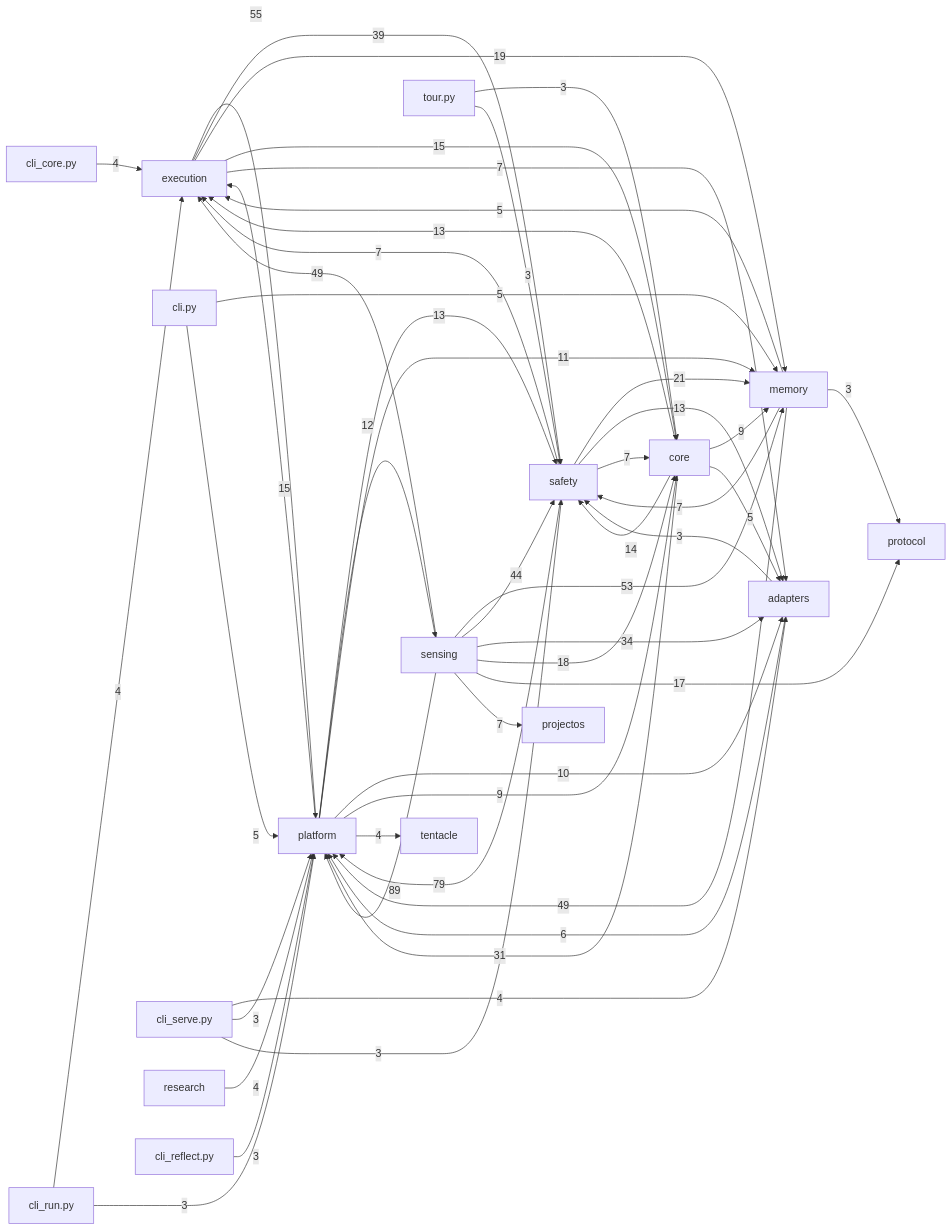
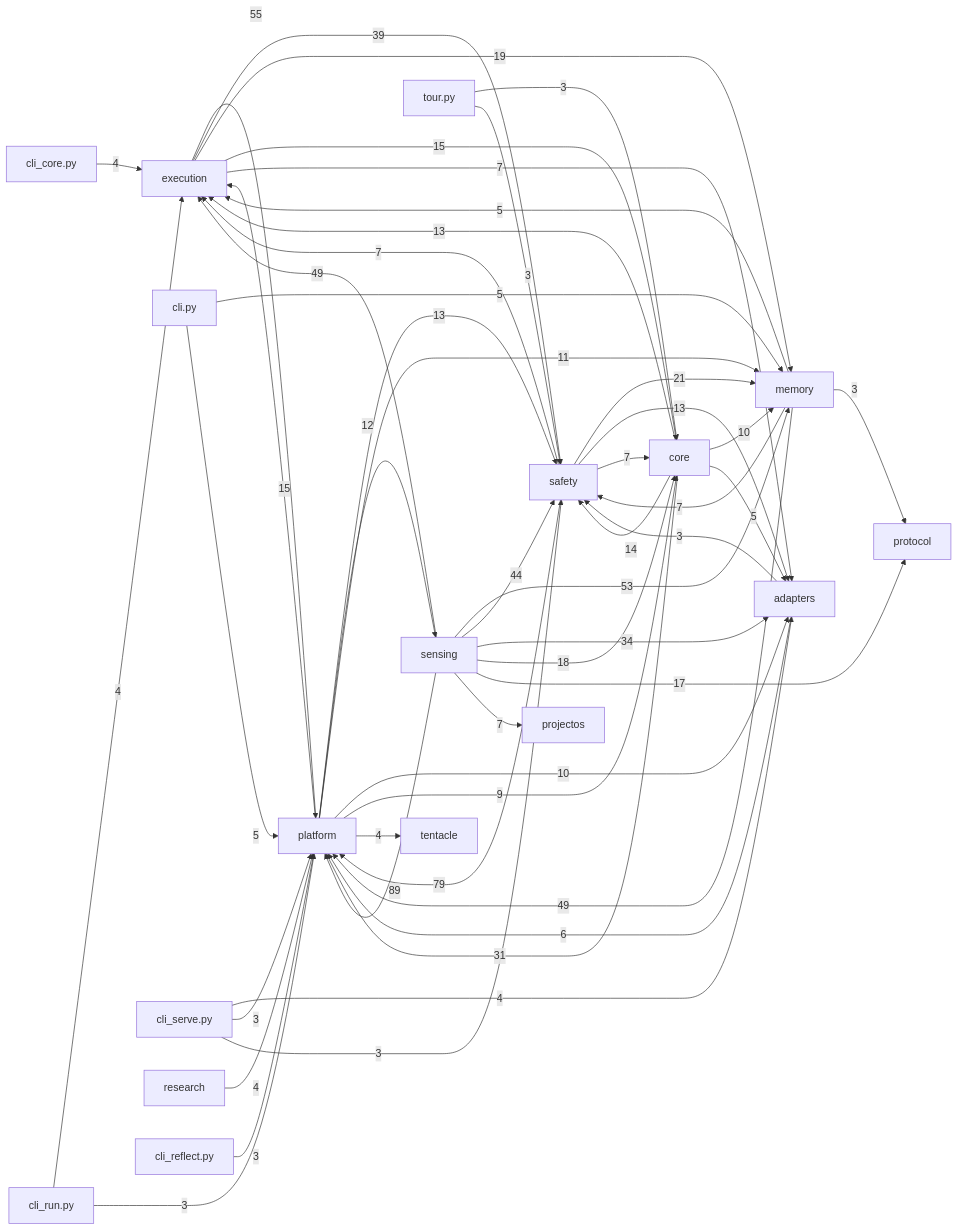
The diagram in docs/auto/20-backend/index.md (dengdenghua/octopus-agent), drawn with Mermaid before and after one commit. The commit also changed 30 other files, not shown here.

````diff
--- a/docs/auto/20-backend/index.md
+++ b/docs/auto/20-backend/index.md
@@ -26,58 +26,58 @@
 ```mermaid
 graph LR
   execution[execution]
   core[core]
   safety[safety]
   memory[memory]
   sensing[sensing]
   adapters[adapters]
   platform[platform]
   sensing -- 89 --> platform
   safety -- 79 --> platform
   execution -- 55 --> platform
   sensing -- 53 --> memory
   memory -- 49 --> platform
   sensing -- 49 --> execution
   sensing -- 44 --> safety
   execution -- 39 --> safety
   sensing -- 34 --> adapters
   core -- 31 --> platform
   safety -- 21 --> memory
   execution -- 19 --> memory
   sensing -- 18 --> core
   sensing -- 17 --> protocol
   execution -- 15 --> core
   platform -- 15 --> execution
   core -- 14 --> safety
   core -- 13 --> execution
   platform -- 13 --> safety
   safety -- 13 --> adapters
   platform -- 12 --> sensing
   platform -- 11 --> memory
+  core -- 10 --> memory
   platform -- 10 --> adapters
-  core -- 9 --> memory
   platform -- 9 --> core
   execution -- 7 --> adapters
   memory -- 7 --> safety
   safety -- 7 --> core
   safety -- 7 --> execution
   sensing -- 7 --> projectos
   adapters -- 6 --> platform
   cli.py -- 5 --> memory
   cli.py -- 5 --> platform
   core -- 5 --> adapters
   memory -- 5 --> execution
   cli_core.py -- 4 --> execution
   cli_run.py -- 4 --> execution
   cli_serve.py -- 4 --> adapters
   platform -- 4 --> tentacle
   research -- 4 --> platform
   adapters -- 3 --> safety
   cli_reflect.py -- 3 --> platform
   cli_run.py -- 3 --> platform
   cli_serve.py -- 3 --> platform
   cli_serve.py -- 3 --> safety
   memory -- 3 --> protocol
   tour.py -- 3 --> core
   tour.py -- 3 --> safety
 ```
````
